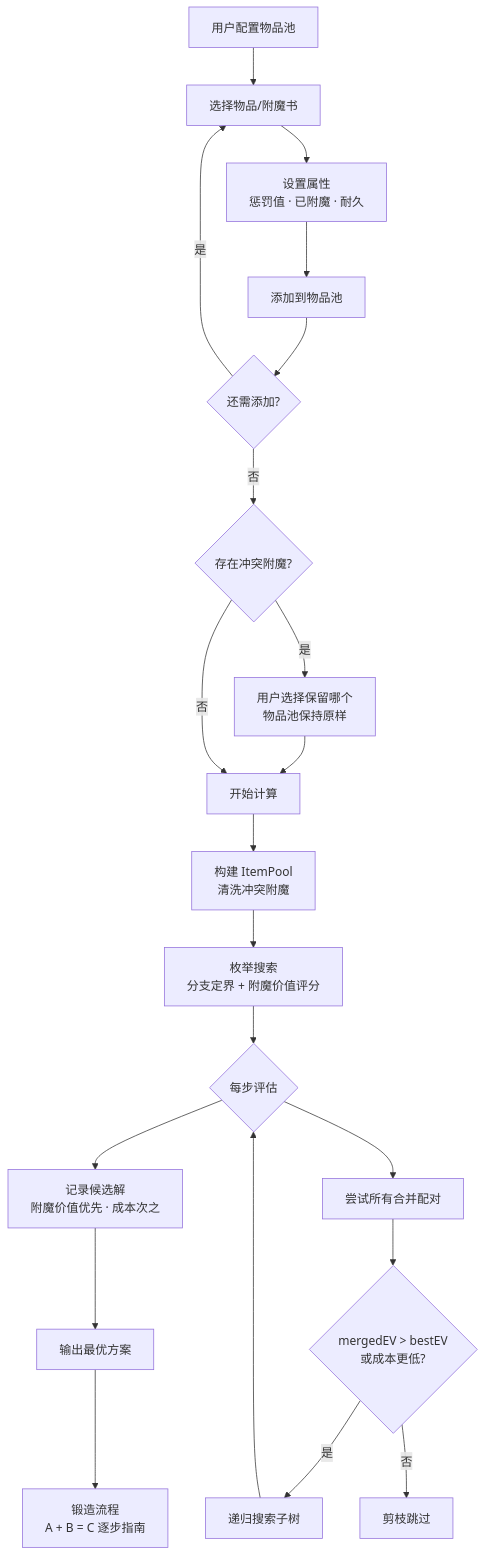
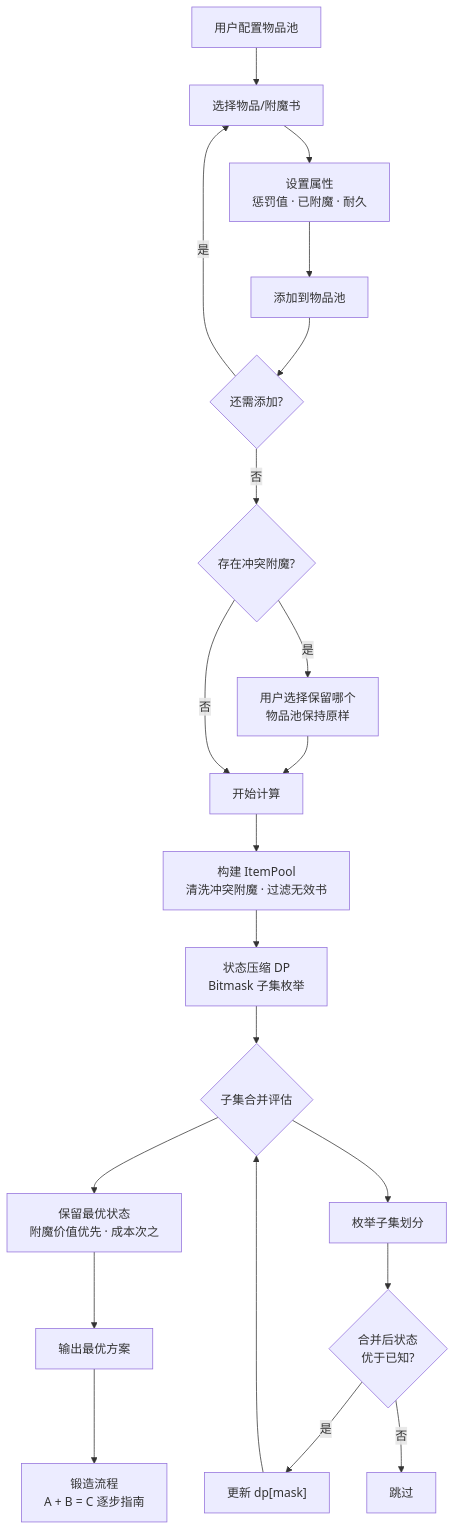
One commit to mciart/best-ench-seq changed the diagram in README.md. Above: the diagram before and after it, drawn with Mermaid. The commit also changed other lines of this file, not shown here.

````diff
--- a/README.md
+++ b/README.md
@@ -103,27 +131,27 @@
 ```mermaid
 flowchart TD
     A["用户配置物品池"] --> B["选择物品/附魔书"]
     B --> C["设置属性<br>惩罚值 · 已附魔 · 耐久"]
     C --> D["添加到物品池"]
     D --> E{"还需添加?"}
     E -- 是 --> B
     E -- 否 --> F{"存在冲突附魔?"}
 
     F -- 是 --> G["用户选择保留哪个<br>物品池保持原样"]
     G --> H["开始计算"]
     F -- 否 --> H
 
-    H --> I["构建 ItemPool<br>清洗冲突附魔"]
-    I --> J["枚举搜索<br>分支定界 + 附魔价值评分"]
+    H --> I["构建 ItemPool<br>清洗冲突附魔 · 过滤无效书"]
+    I --> J["状态压缩 DP<br>Bitmask 子集枚举"]
 
-    J --> K{"每步评估"}
-    K --> L["记录候选解<br>附魔价值优先 · 成本次之"]
-    K --> M["尝试所有合并配对"]
-    M --> N{"mergedEV > bestEV<br>或成本更低?"}
-    N -- 是 --> O["递归搜索子树"]
-    N -- 否 --> P["剪枝跳过"]
+    J --> K{"子集合并评估"}
+    K --> L["保留最优状态<br>附魔价值优先 · 成本次之"]
+    K --> M["枚举子集划分"]
+    M --> N{"合并后状态<br>优于已知?"}
+    N -- 是 --> O["更新 dp[mask]"]
+    N -- 否 --> P["跳过"]
     O --> K
 
     L --> Q["输出最优方案"]
     Q --> R["锻造流程<br>A + B = C 逐步指南"]
 ```
````
